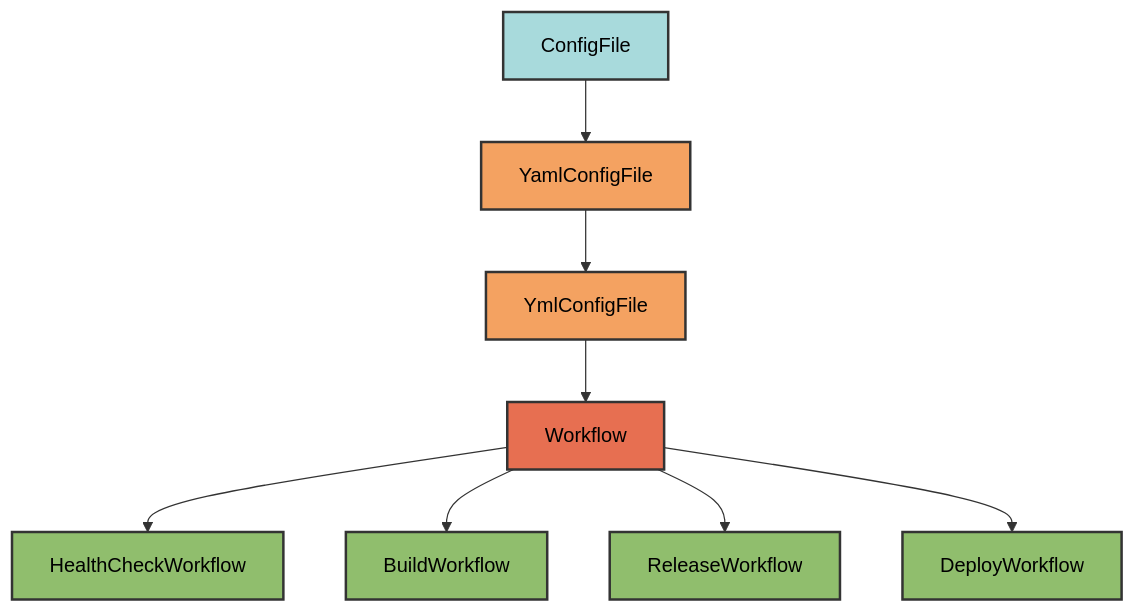
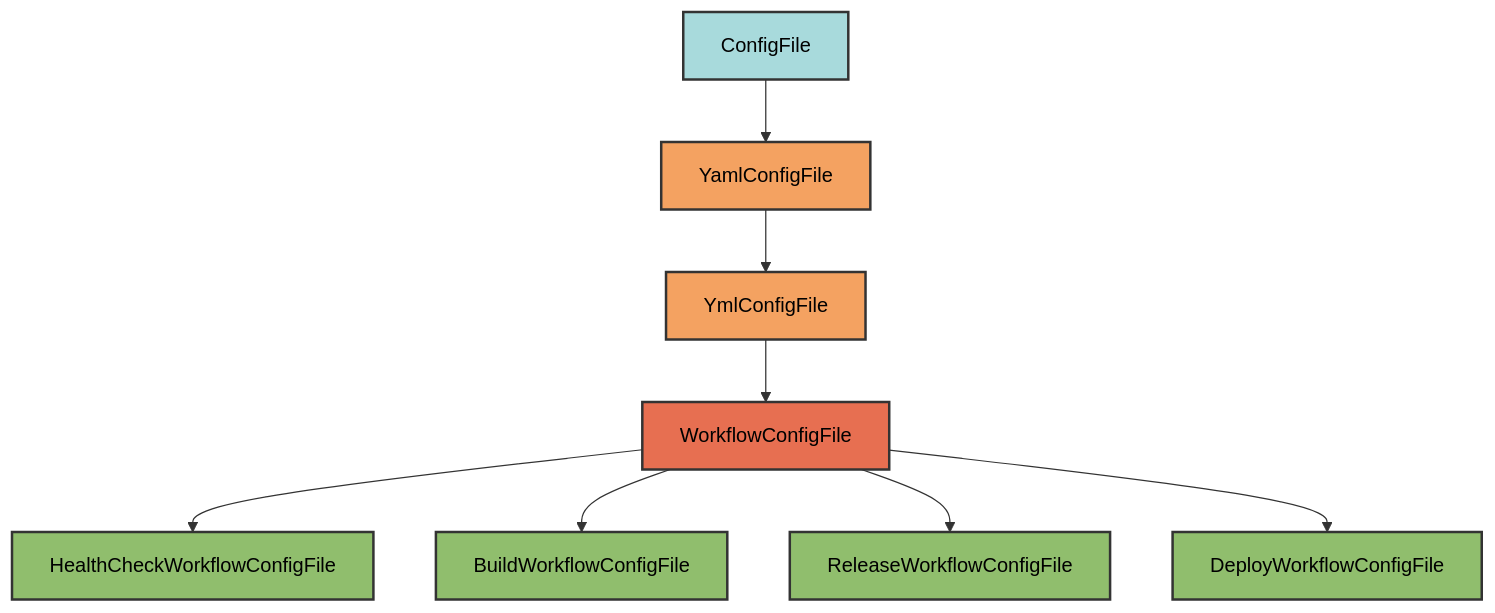
The first of 3 diagrams in docs/configs/workflows/architecture.md (Winipedia/pyrig), drawn with Mermaid before and after one commit. The commit also changed other lines of this file and 151 other files, not shown here.

````diff
--- a/docs/configs/workflows/architecture.md
+++ b/docs/configs/workflows/architecture.md
@@ -13,19 +13,19 @@
 ```mermaid
 graph TD
     A[ConfigFile] --> B[YamlConfigFile]
     B --> B1[YmlConfigFile]
-    B1 --> C[Workflow]
-    C --> D[HealthCheckWorkflow]
-    C --> E[BuildWorkflow]
-    C --> F[ReleaseWorkflow]
-    C --> G[DeployWorkflow]
+    B1 --> C[WorkflowConfigFile]
+    C --> D[HealthCheckWorkflowConfigFile]
+    C --> E[BuildWorkflowConfigFile]
+    C --> F[ReleaseWorkflowConfigFile]
+    C --> G[DeployWorkflowConfigFile]
 
     style A fill:#a8dadc,stroke:#333,stroke-width:2px,color:#000
     style B fill:#f4a261,stroke:#333,stroke-width:2px,color:#000
     style B1 fill:#f4a261,stroke:#333,stroke-width:2px,color:#000
     style C fill:#e76f51,stroke:#333,stroke-width:2px,color:#000
     style D fill:#90be6d,stroke:#333,stroke-width:2px,color:#000
     style E fill:#90be6d,stroke:#333,stroke-width:2px,color:#000
     style F fill:#90be6d,stroke:#333,stroke-width:2px,color:#000
     style G fill:#90be6d,stroke:#333,stroke-width:2px,color:#000
 ```
````
